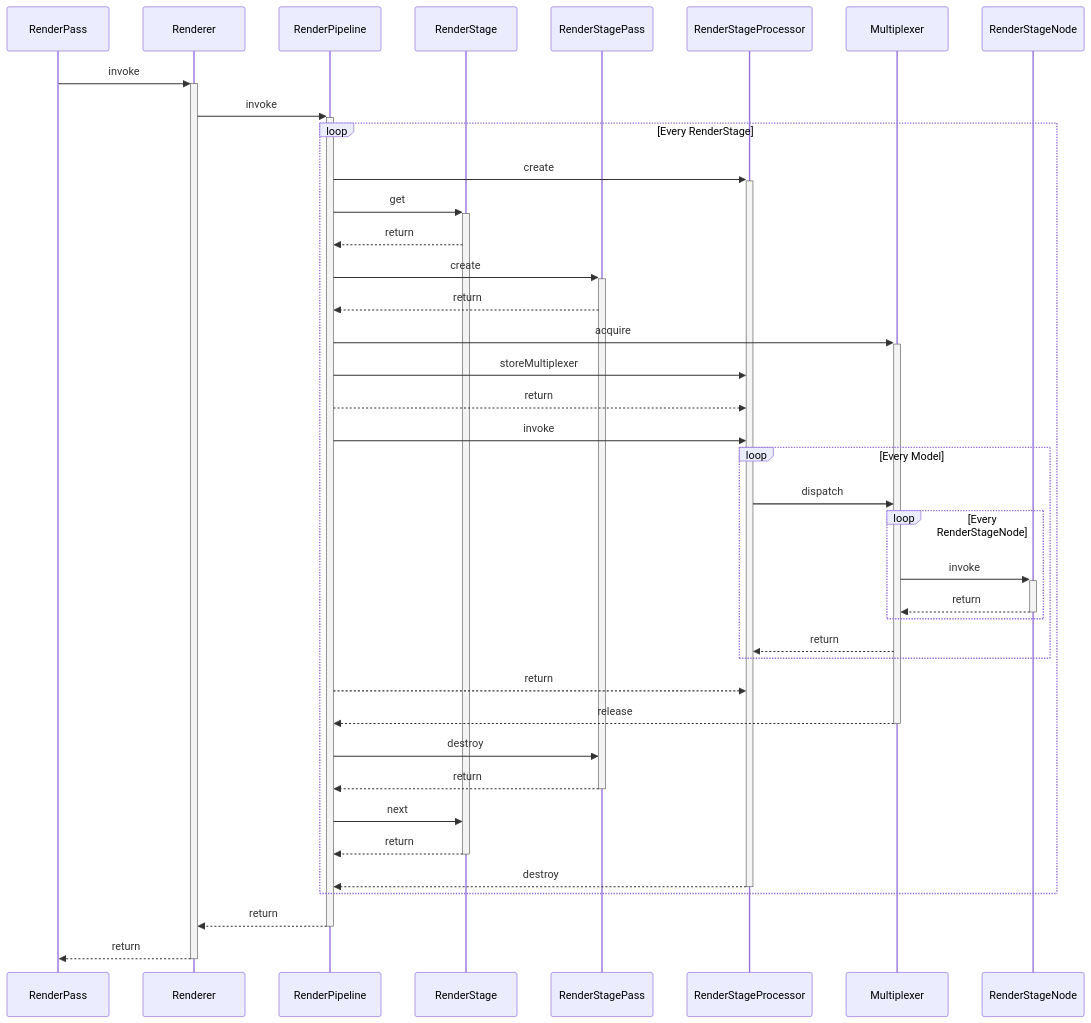
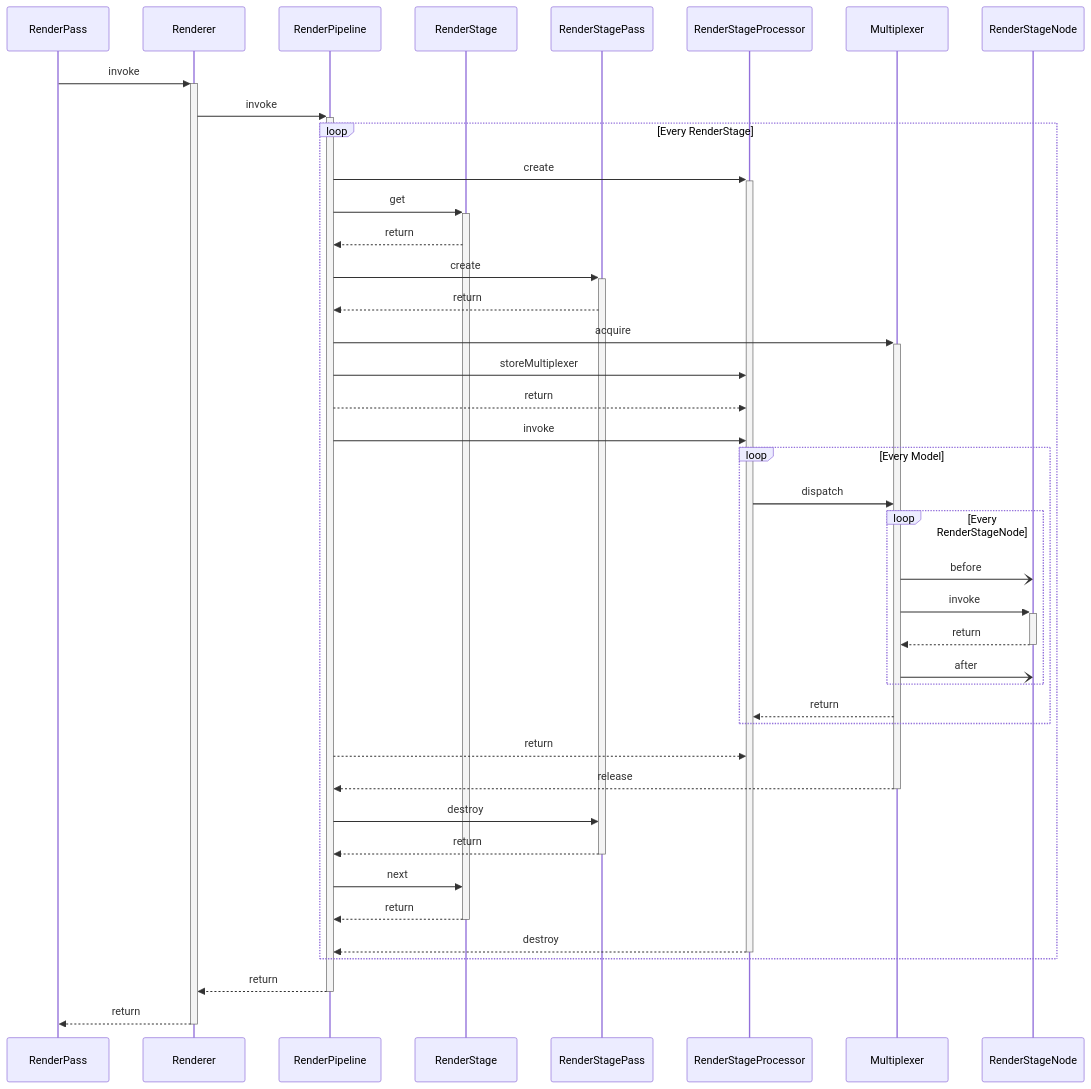
Before and after one commit to Heliogrim/Heliogrim-Engine: diagram 41 of 41 in docs/concept.md, drawn with Mermaid. The commit also changed 128 other files, not shown here.

````diff
--- a/docs/concept.md
+++ b/docs/concept.md
@@ -1741,51 +1741,53 @@
 ```mermaid
 sequenceDiagram
     participant RenderPass
     participant Renderer
     participant RenderPipeline
     participant RenderStage
     participant RenderStagePass
     participant RenderStageProcessor
     participant Multiplexer
     participant RenderStageNode
 
     RenderPass->>+Renderer: invoke
         Renderer->>+RenderPipeline: invoke
         loop Every RenderStage
             RenderPipeline->>+RenderStageProcessor: create
 
             RenderPipeline->>+RenderStage: get
             RenderStage-->>RenderPipeline: return
 
             RenderPipeline->>+RenderStagePass: create
             RenderStagePass-->>RenderPipeline: return
 
             RenderPipeline->>+Multiplexer: acquire
 
             RenderPipeline->>RenderStageProcessor: storeMultiplexer
             RenderPipeline-->>RenderStageProcessor: return
 
             RenderPipeline->>RenderStageProcessor: invoke
             loop Every Model
                 RenderStageProcessor->>Multiplexer: dispatch
                 loop Every RenderStageNode
+                    Multiplexer-)RenderStageNode: before
                     Multiplexer->>+RenderStageNode: invoke
                     RenderStageNode-->>-Multiplexer: return
+                    Multiplexer-)RenderStageNode: after
                 end
                 Multiplexer-->>RenderStageProcessor: return
             end
             RenderPipeline-->>RenderStageProcessor: return
             
             Multiplexer-->>-RenderPipeline: release
 
             RenderPipeline->>RenderStagePass: destroy
             RenderStagePass-->>-RenderPipeline: return
 
             RenderPipeline->>RenderStage: next
             RenderStage-->>-RenderPipeline: return
 
             RenderStageProcessor-->>-RenderPipeline: destroy
         end
         RenderPipeline-->>-Renderer: return
     Renderer-->>-RenderPass: return
 ```
````
